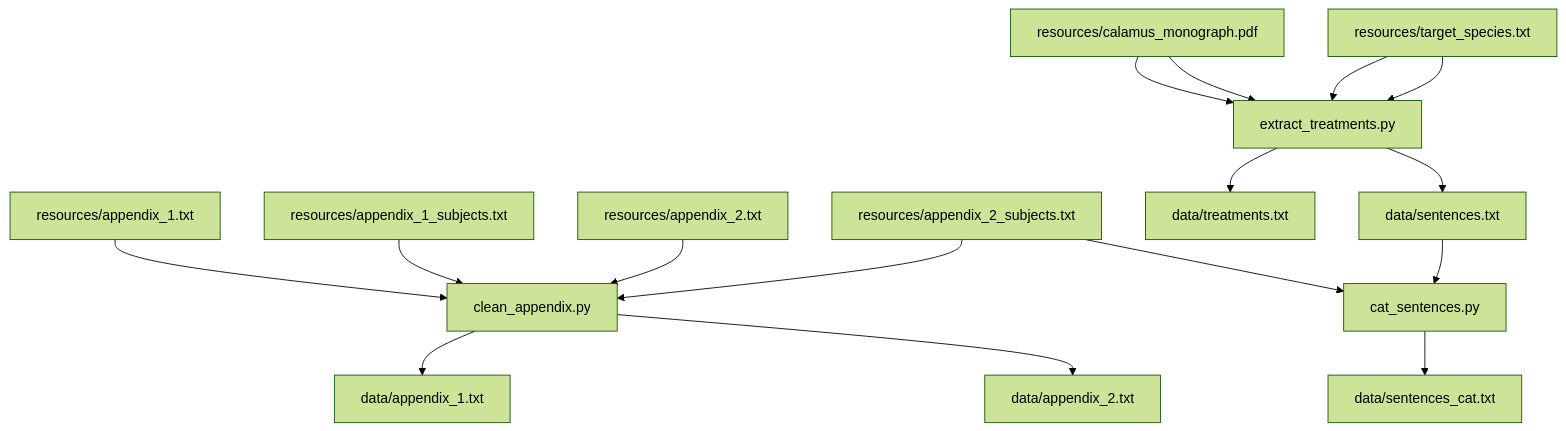
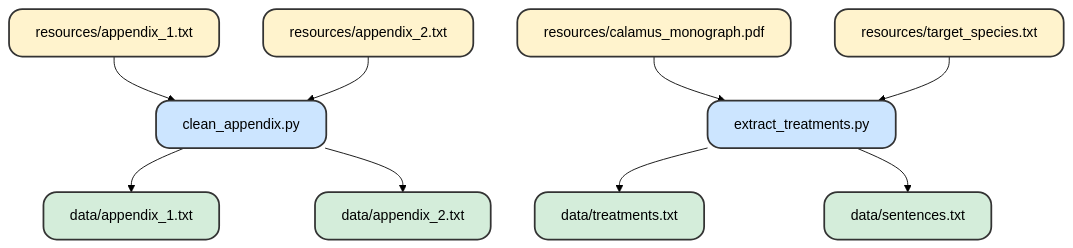
One commit to nickynicolson/CalamusTraits changed the first of 2 diagrams in Content_Summary.md. Above: the diagram before and after it, drawn with Mermaid (forest theme). The commit also changed other lines of this file, not shown here.

Commit message:
Updated content summary

````diff
--- a/Content_Summary.md
+++ b/Content_Summary.md
@@ -7,47 +7,35 @@
 ```mermaid
 graph TD
     %% Input files
-    A[resources/appendix_1.txt]
-    B[resources/appendix_1_subjects.txt]
-    C[resources/appendix_2.txt]
-    D[resources/appendix_2_subjects.txt]
-    E[resources/calamus_monograph.pdf]
-    F[resources/target_species.txt]
-    
+    A[resources/appendix_1.txt]:::input --> E
+    B[resources/appendix_2.txt]:::input --> E
+    C[resources/calamus_monograph.pdf]:::input --> F
+    D[resources/target_species.txt]:::input --> F
+
     %% Scripts
-    G[clean_appendix.py]
-    H[extract_treatments.py]
-    I[cat_sentences.py]
+    E[clean_appendix.py]:::script
+    F[extract_treatments.py]:::script
 
     %% Output files
-    J[data/appendix_1.txt]
-    K[data/appendix_2.txt]
-    L[data/treatments.txt]
-    M[data/sentences.txt]
-    N[data/sentences_cat.txt]
+    G[data/appendix_1.txt]:::output
+    H[data/appendix_2.txt]:::output
+    I[data/sentences.txt]:::output
+    J[data/treatments.txt]:::output
 
     %% Dependencies for appendix 1
-    A --> G
-    B --> G
-    G --> J
+    E --> G
 
     %% Dependencies for appendix 2
-    C --> G
-    D --> G
-    G --> K
+    E --> H
 
     %% Dependencies for treatments
-    E --> H
-    F --> H
-    H --> L
+    F --> J
 
     %% Dependencies for sentences
-    E --> H
-    F --> H
-    H --> M
+    F --> I
 
-    %% Dependencies for categorised sentences
-    M --> I
-    D --> I
-    I --> N
+    %% Styling
+    classDef input fill:#fff3cd,stroke:#333,stroke-width:2px,rx:15px,ry:15px;
+    classDef script fill:#cce5ff,stroke:#333,stroke-width:2px,rx:15px,ry:15px;
+    classDef output fill:#d4edda,stroke:#333,stroke-width:2px,rx:15px,ry:15px;
 ```
````
